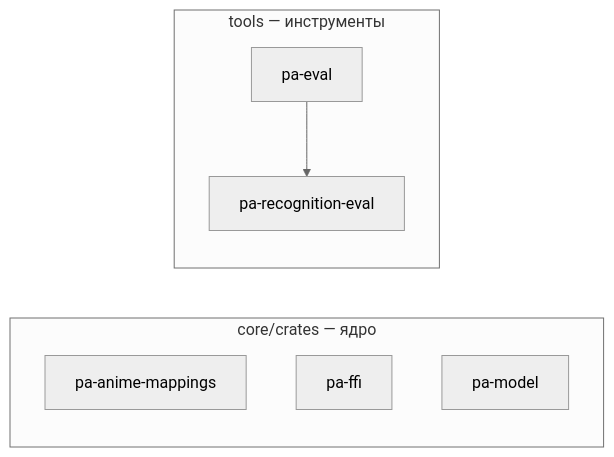
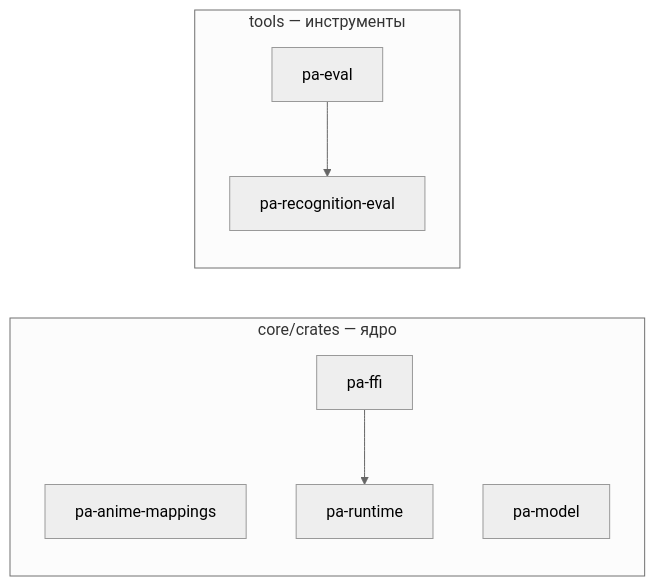
The diagram in docs/dev/crate-graph.md (DenisHumen/project_alpha), drawn with Mermaid (neutral theme) before and after one commit. The commit also changed other lines of this file and 10 other files, not shown here.

````diff
--- a/docs/dev/crate-graph.md
+++ b/docs/dev/crate-graph.md
@@ -12,13 +12,15 @@
 ```mermaid
 flowchart LR
   subgraph g0["core/crates — ядро"]
     pa_anime_mappings["pa-anime-mappings"]
     pa_ffi["pa-ffi"]
     pa_model["pa-model"]
+    pa_runtime["pa-runtime"]
   end
   subgraph g1["tools — инструменты"]
     pa_eval["pa-eval"]
     pa_recognition_eval["pa-recognition-eval"]
   end
   pa_eval --> pa_recognition_eval
+  pa_ffi --> pa_runtime
 ```
````
